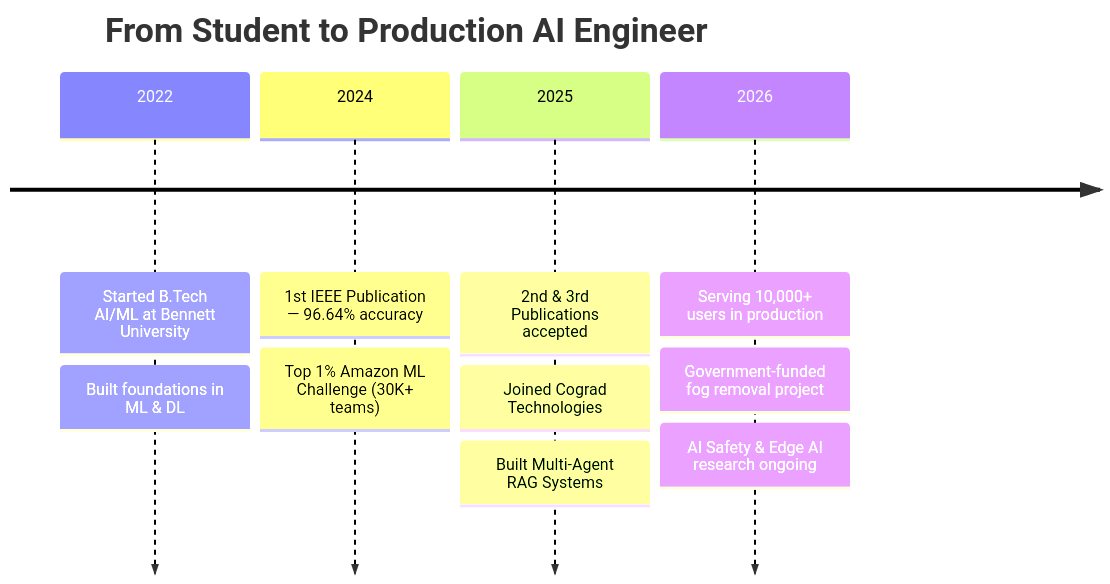
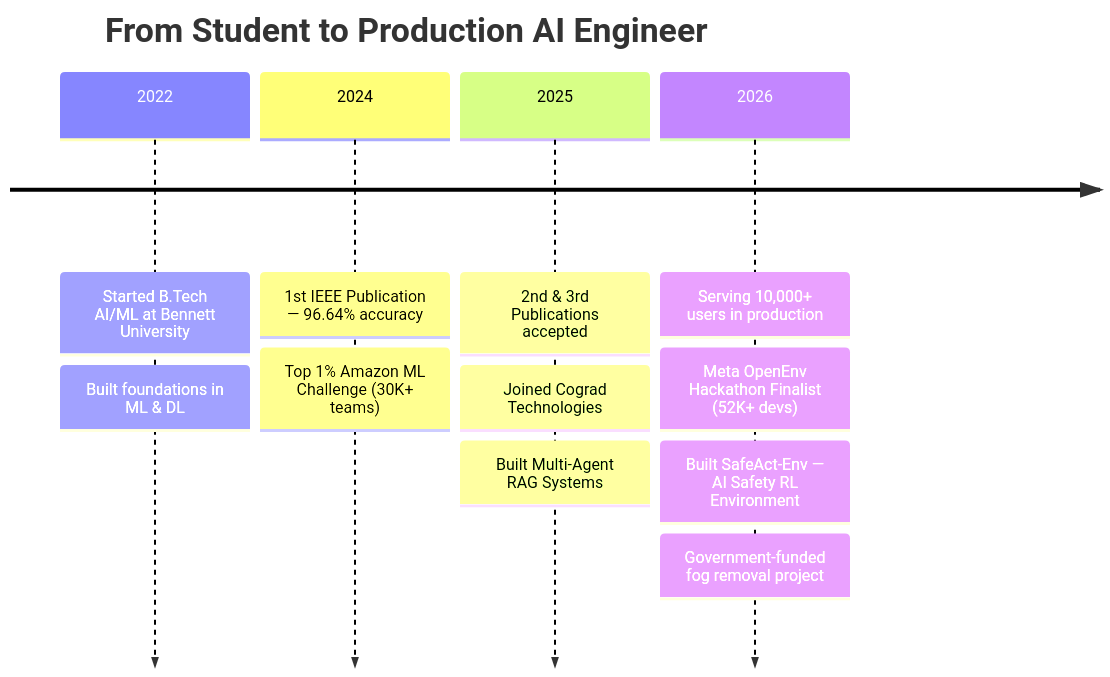
Before and after one commit to sidd707/sidd707: the second of 2 diagrams in README.md, drawn with Mermaid. The commit also changed other lines of this file, not shown here.

Commit message:
Enhance README.md with Meta OpenEnv Hackathon finalist details and update achievements section. Replace typing SVG with new accomplishments and add project description for SafeAct-Env RL environment.

````diff
--- a/README.md
+++ b/README.md
@@ -115,14 +152,15 @@
 ```mermaid
 timeline
     title From Student to Production AI Engineer
     2022 : Started B.Tech AI/ML at Bennett University
          : Built foundations in ML & DL
     2024 : 1st IEEE Publication — 96.64% accuracy
          : Top 1% Amazon ML Challenge (30K+ teams)
     2025 : 2nd & 3rd Publications accepted
          : Joined Cograd Technologies
          : Built Multi-Agent RAG Systems
     2026 : Serving 10,000+ users in production
+         : Meta OpenEnv Hackathon Finalist (52K+ devs)
+         : Built SafeAct-Env — AI Safety RL Environment
          : Government-funded fog removal project
-         : AI Safety & Edge AI research ongoing
 ```
````
